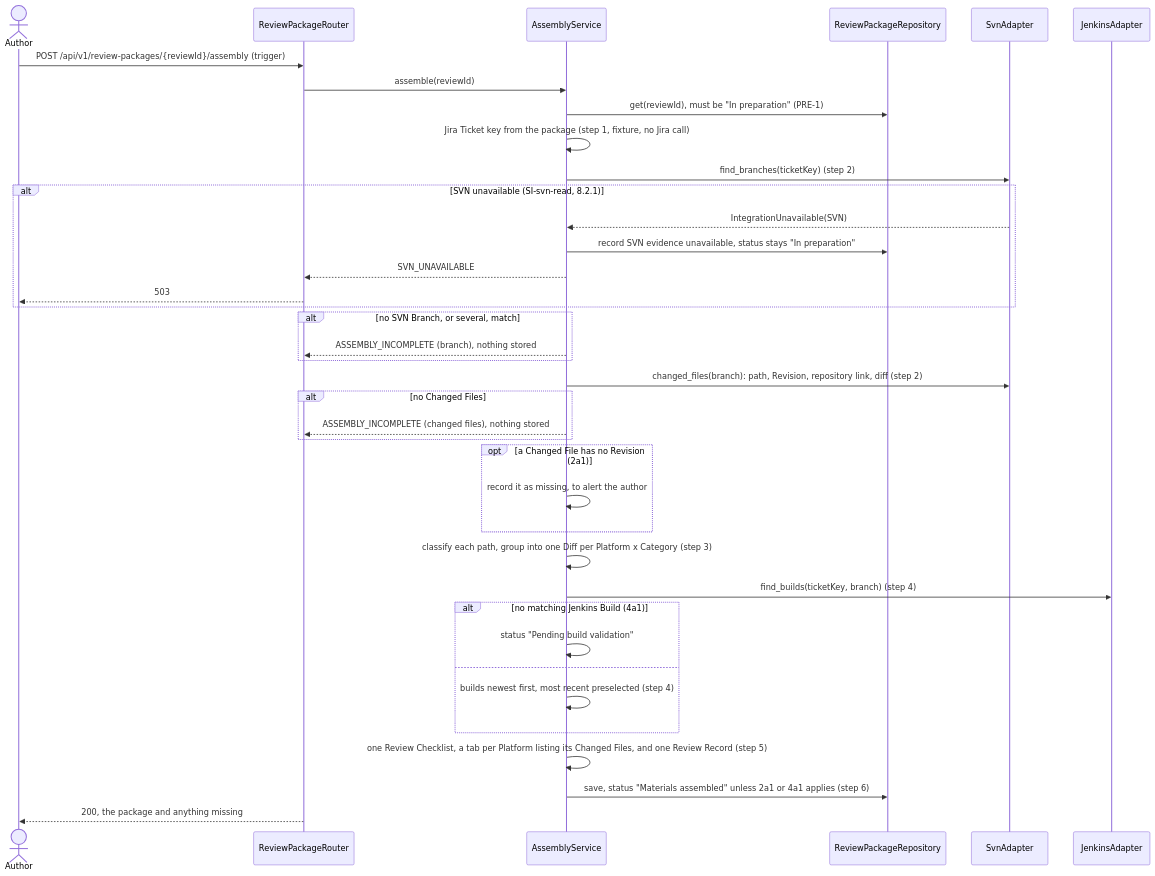
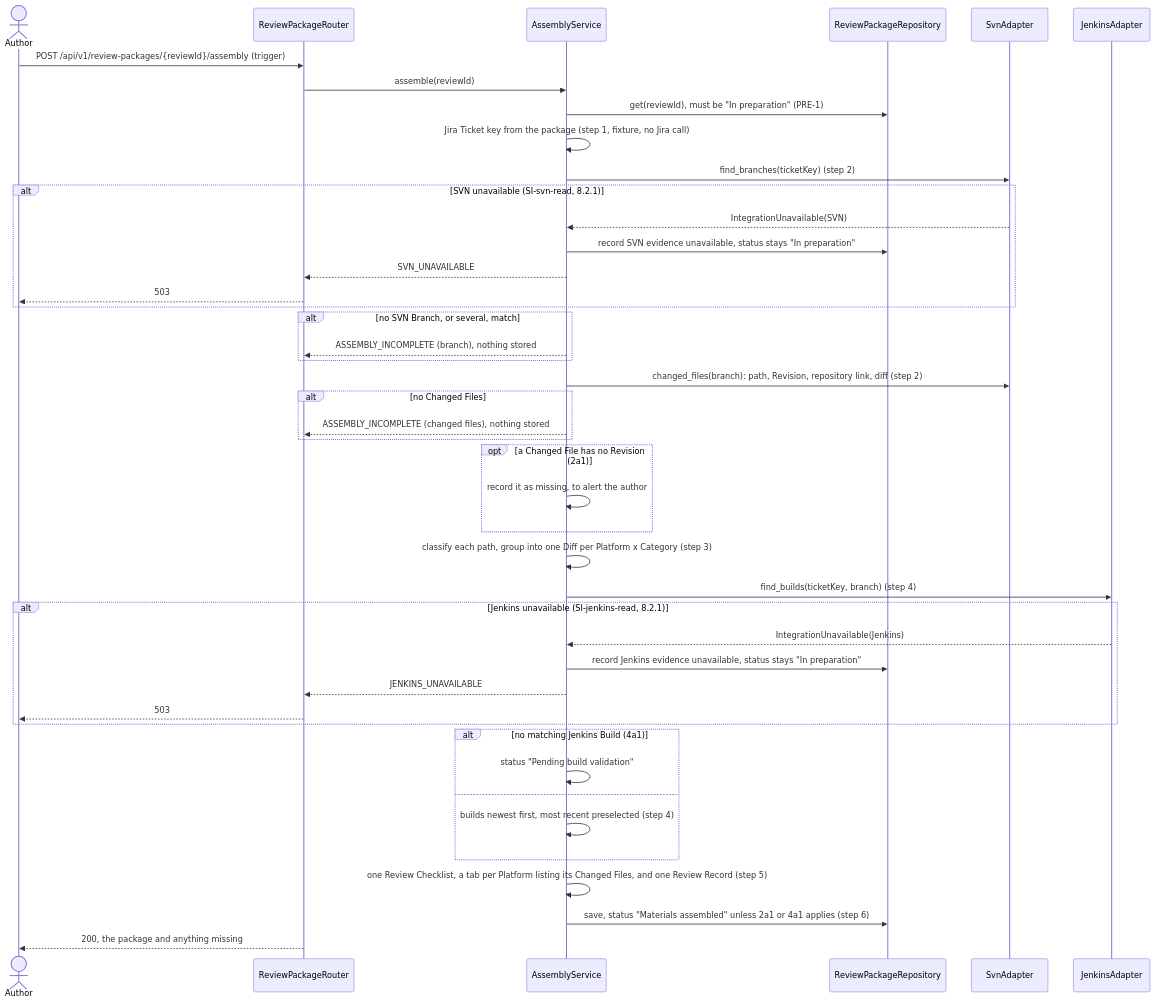
The second of 2 diagrams in docs/design/rev.md (olehzu/RevView-OMNI), drawn with Mermaid before and after one commit. The commit also changed other lines of this file, not shown here.

````diff
--- a/docs/design/rev.md
+++ b/docs/design/rev.md
@@ -96,40 +96,46 @@
 ```mermaid
 sequenceDiagram
     actor A as Author
     participant R as ReviewPackageRouter
     participant S as AssemblyService
     participant DB as ReviewPackageRepository
     participant SVN as SvnAdapter
     participant J as JenkinsAdapter
     A->>R: POST /api/v1/review-packages/{reviewId}/assembly (trigger)
     R->>S: assemble(reviewId)
     S->>DB: get(reviewId), must be "In preparation" (PRE-1)
     S->>S: Jira Ticket key from the package (step 1, fixture, no Jira call)
     S->>SVN: find_branches(ticketKey) (step 2)
     alt SVN unavailable (SI-svn-read, 8.2.1)
         SVN-->>S: IntegrationUnavailable(SVN)
         S->>DB: record SVN evidence unavailable, status stays "In preparation"
         S-->>R: SVN_UNAVAILABLE
         R-->>A: 503
     end
     alt no SVN Branch, or several, match
         S-->>R: ASSEMBLY_INCOMPLETE (branch), nothing stored
     end
     S->>SVN: changed_files(branch): path, Revision, repository link, diff (step 2)
     alt no Changed Files
         S-->>R: ASSEMBLY_INCOMPLETE (changed files), nothing stored
     end
     opt a Changed File has no Revision (2a1)
         S->>S: record it as missing, to alert the author
     end
     S->>S: classify each path, group into one Diff per Platform x Category (step 3)
     S->>J: find_builds(ticketKey, branch) (step 4)
+    alt Jenkins unavailable (SI-jenkins-read, 8.2.1)
+        J-->>S: IntegrationUnavailable(Jenkins)
+        S->>DB: record Jenkins evidence unavailable, status stays "In preparation"
+        S-->>R: JENKINS_UNAVAILABLE
+        R-->>A: 503
+    end
     alt no matching Jenkins Build (4a1)
         S->>S: status "Pending build validation"
     else
         S->>S: builds newest first, most recent preselected (step 4)
     end
     S->>S: one Review Checklist, a tab per Platform listing its Changed Files, and one Review Record (step 5)
     S->>DB: save, status "Materials assembled" unless 2a1 or 4a1 applies (step 6)
     R-->>A: 200, the package and anything missing
 ```
````
